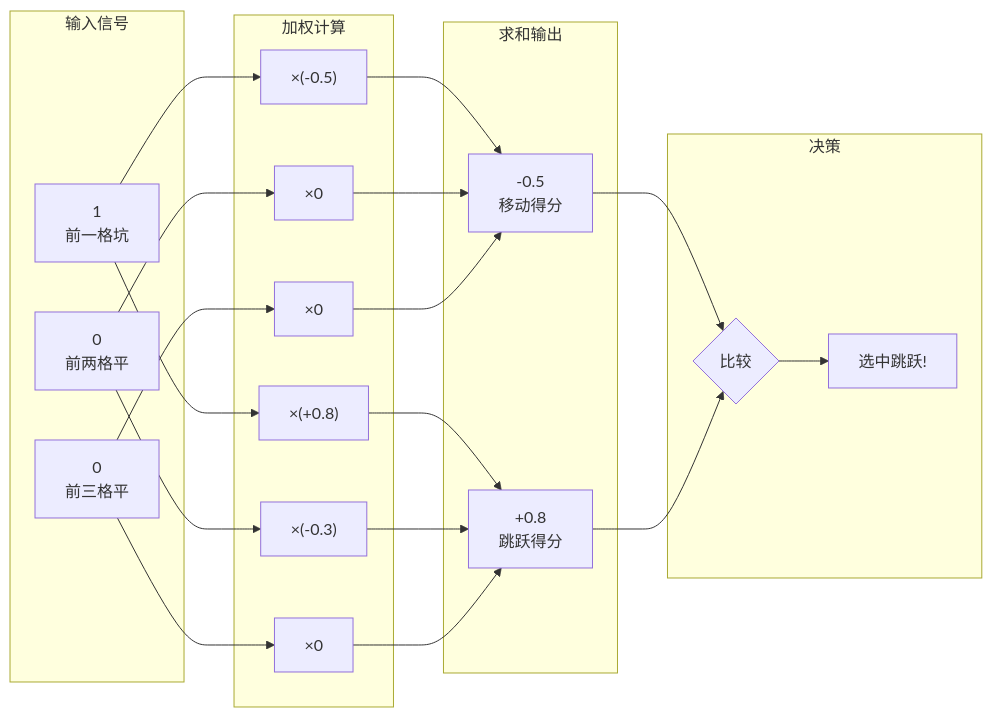
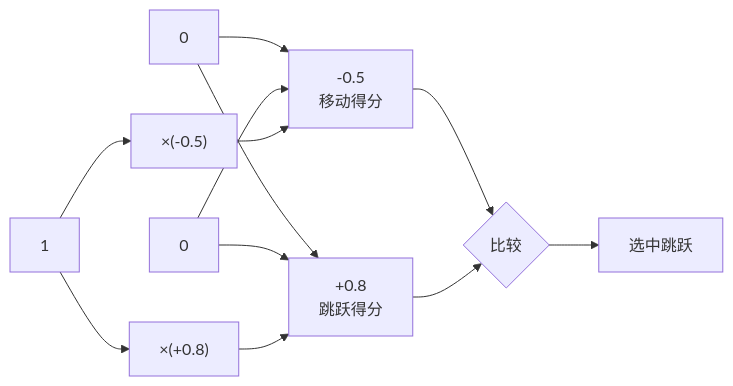
The third of 3 diagrams in docs/双输出网络结构.md (shikeik/ai-sandbox), drawn with Mermaid before and after one commit. The commit also changed other lines of this file, not shown here.

Commit message:
修复Mermaid语法，使用标准flowchart语法

````diff
--- a/docs/双输出网络结构.md
+++ b/docs/双输出网络结构.md
@@ -98,46 +70,29 @@
 ```mermaid
-graph LR
-    subgraph 输入信号
-        I1[1<br/>前一格坑]
-        I2[0<br/>前两格平]
-        I3[0<br/>前三格平]
-    end
+flowchart LR
+    I1[1]
+    I2[0]
+    I3[0]
     
-    subgraph 加权计算
-        W11["×(-0.5)"]
-        W21["×(+0.8)"]
-        W12["×0"]
-        W22["×(-0.3)"]
-        W13["×0"]
-        W23["×0"]
-    end
+    W11["×(-0.5)"]
+    W21["×(+0.8)"]
     
-    subgraph 求和输出
-        S1[-0.5<br/>移动得分]
-        S2[+0.8<br/>跳跃得分]
-    end
+    S1[-0.5<br/>移动得分]
+    S2[+0.8<br/>跳跃得分]
     
-    subgraph 决策
-        D{比较}
-        J[选中跳跃!]
-    end
+    D{比较}
+    J[选中跳跃]
     
     I1 --> W11
     I1 --> W21
-    I2 --> W12
-    I2 --> W22
-    I3 --> W13
-    I3 --> W23
+    I2 --> S1
+    I3 --> S1
+    I2 --> S2
+    I3 --> S2
     
     W11 --> S1
-    W12 --> S1
-    W13 --> S1
-    
     W21 --> S2
-    W22 --> S2
-    W23 --> S2
     
     S1 --> D
     S2 --> D
     D --> J
 ```
````
